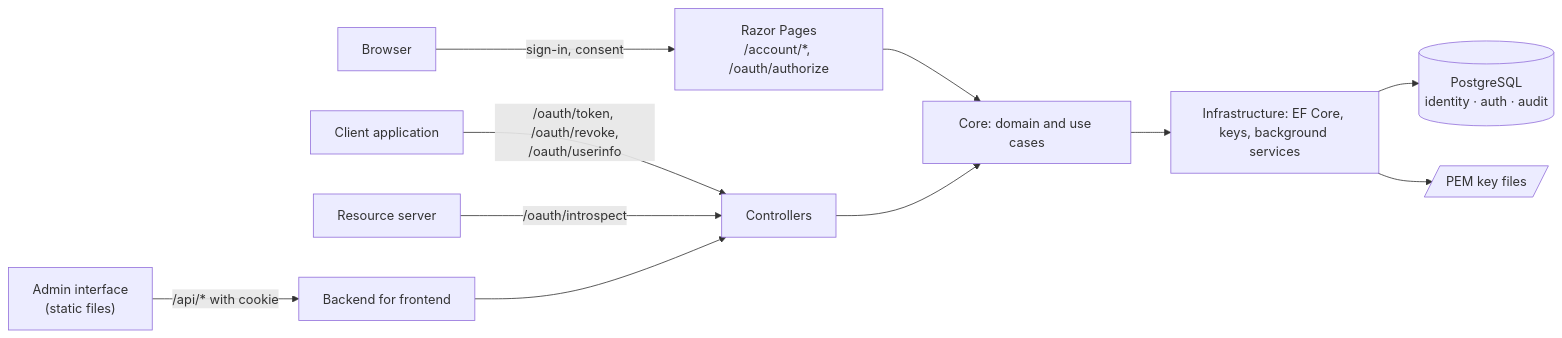
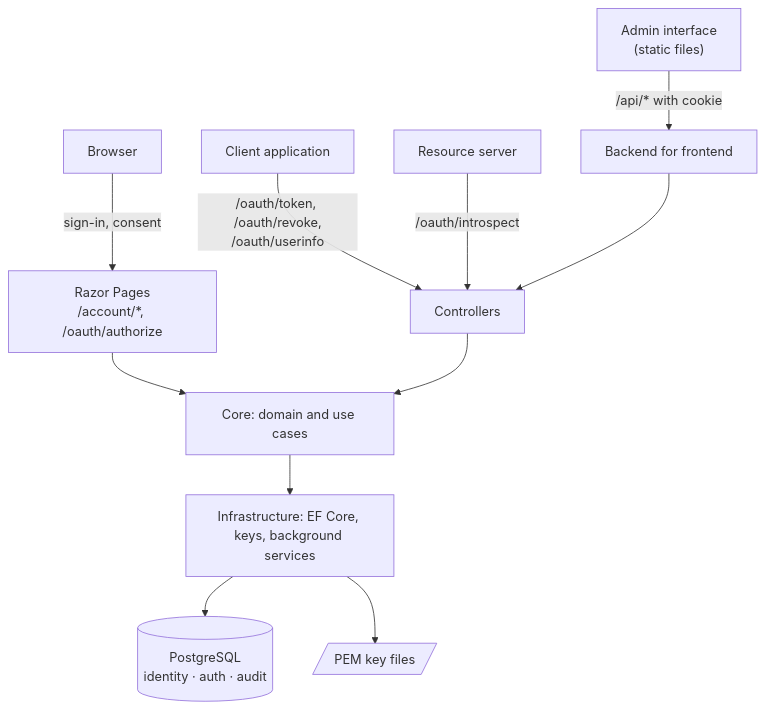
Before and after one commit to DuttonAlan/Authora: the diagram in docs/explanation/architecture.md, drawn with Mermaid. The commit also changed 12 other files, not shown here.

````diff
--- a/docs/explanation/architecture.md
+++ b/docs/explanation/architecture.md
@@ -7,12 +7,14 @@
 ```mermaid
-flowchart LR
+flowchart TD
+    accTitle: Architecture of Authora
+    accDescr: Browsers reach the Razor Pages. Client applications, resource servers and the backend for frontend of the admin interface reach the controllers. Pages and controllers call Core, Core calls Infrastructure, and Infrastructure uses PostgreSQL and the PEM key files.
     Browser -- "sign-in, consent" --> Pages["Razor Pages<br/>/account/*, /oauth/authorize"]
     App["Client application"] -- "/oauth/token, /oauth/revoke,<br/>/oauth/userinfo" --> Controllers
     API["Resource server"] -- "/oauth/introspect" --> Controllers
     Admin["Admin interface<br/>(static files)"] -- "/api/* with cookie" --> BFF["Backend for frontend"] --> Controllers
     Pages --> Core
     Controllers["Controllers"] --> Core["Core: domain and use cases"]
     Core --> Infra["Infrastructure: EF Core, keys, background services"]
     Infra --> DB[("PostgreSQL<br/>identity · auth · audit")]
     Infra --> Keys[/"PEM key files"/]
 ```
````
